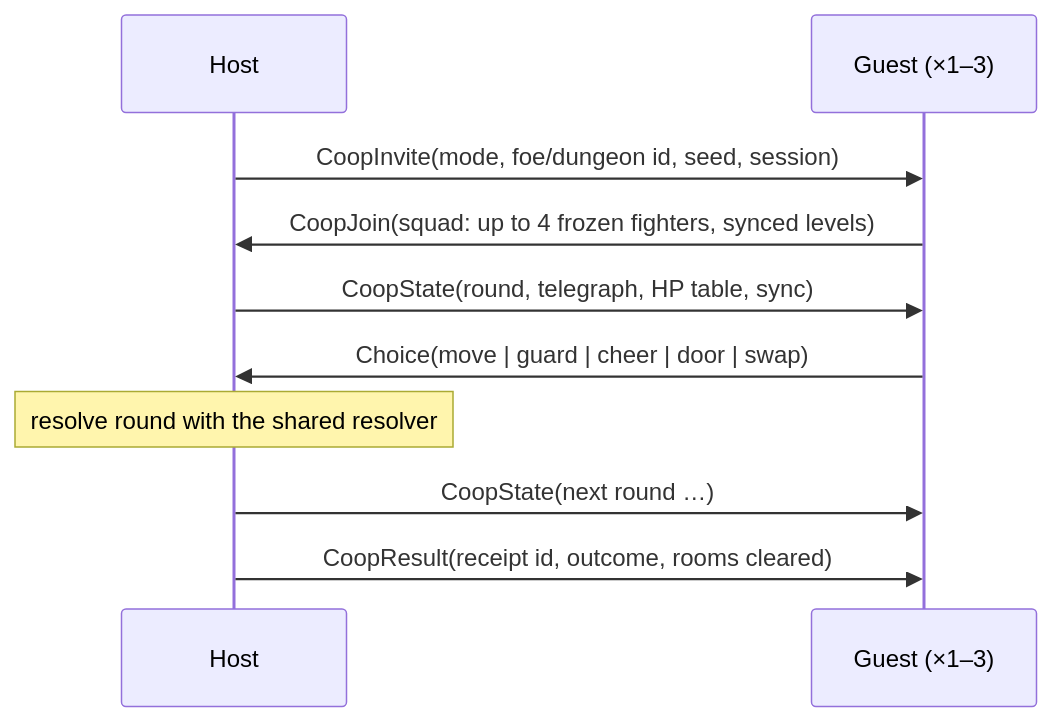
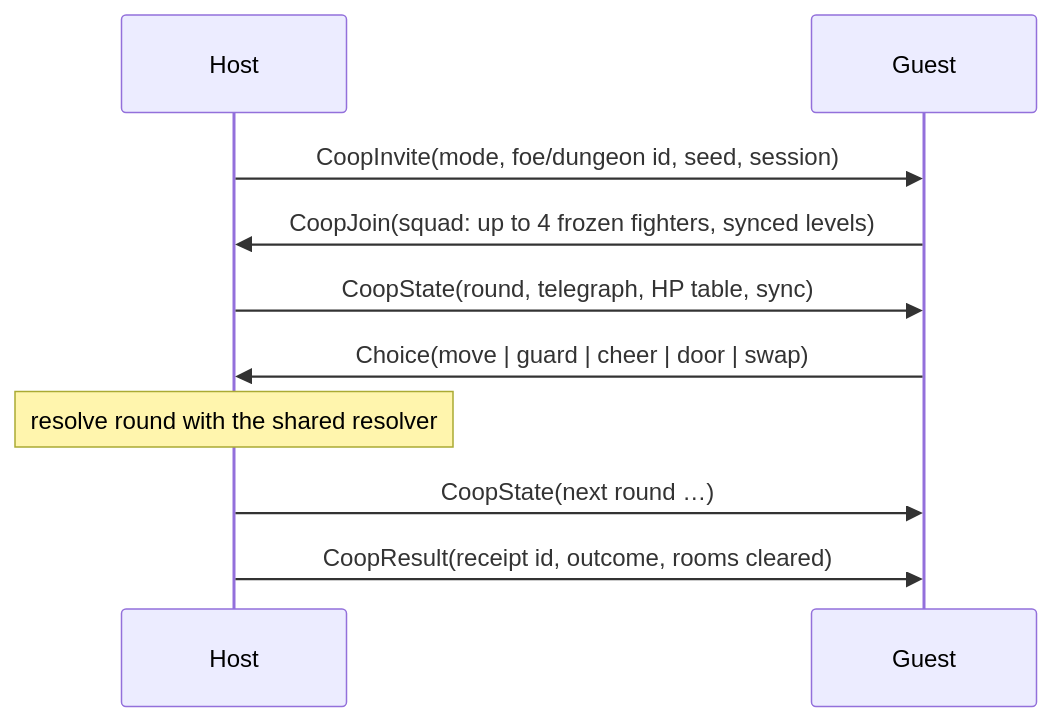
Before and after one commit to goldsziggy/z-ark-digivice: the third of 3 diagrams in docs/COOP_EXPEDITIONS.md, drawn with Mermaid. The commit also changed other lines of this file and 65 other files, not shown here.

````diff
--- a/docs/COOP_EXPEDITIONS.md
+++ b/docs/COOP_EXPEDITIONS.md
@@ -132,12 +135,12 @@
 ```mermaid
 sequenceDiagram
     participant H as Host
-    participant G as Guest (×1–3)
+    participant G as Guest
     H->>G: CoopInvite(mode, foe/dungeon id, seed, session)
     G->>H: CoopJoin(squad: up to 4 frozen fighters, synced levels)
     H->>G: CoopState(round, telegraph, HP table, sync)
     G->>H: Choice(move | guard | cheer | door | swap)
     Note over H: resolve round with the shared resolver
     H->>G: CoopState(next round …)
     H->>G: CoopResult(receipt id, outcome, rooms cleared)
 ```
````
